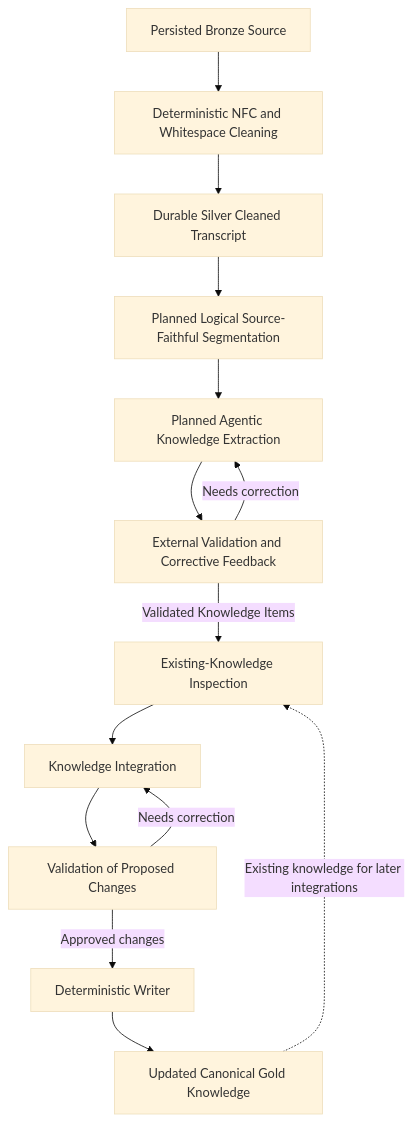
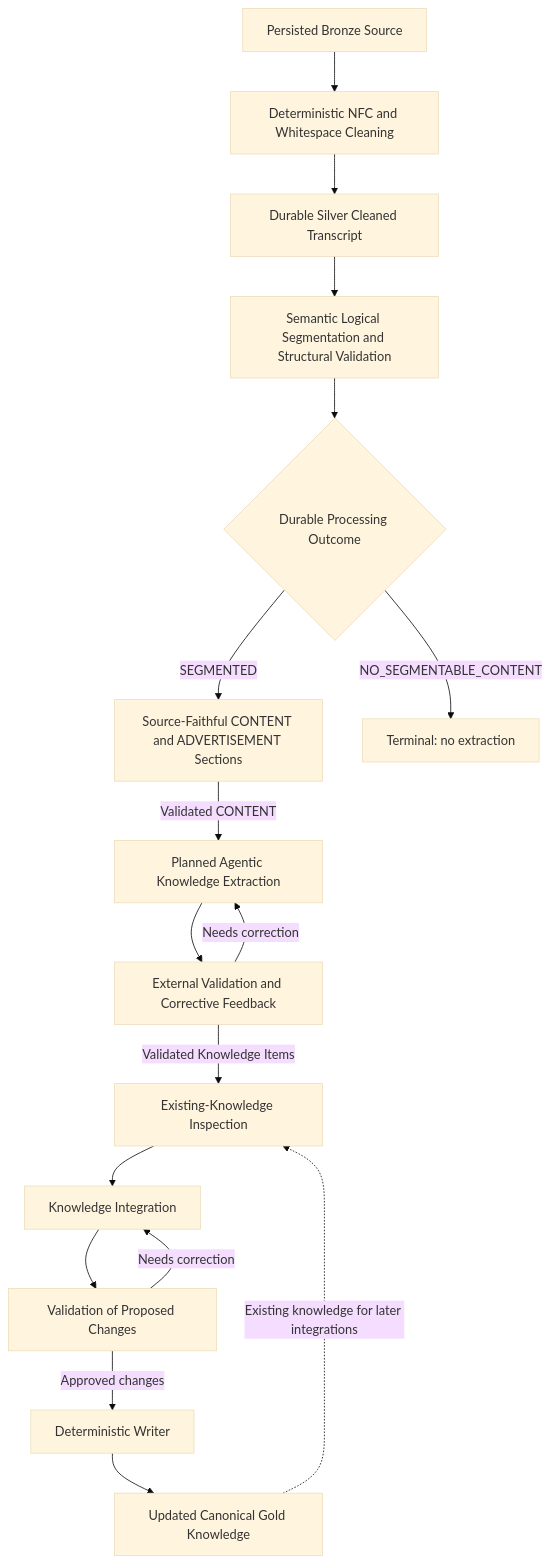
Before and after one commit to alexander-rewitzer/league-knowledge-platform: the second of 4 diagrams in docs/architecture.md, drawn with Mermaid (base theme). The commit also changed other lines of this file and 19 other files, not shown here.

Commit message:
Add source-faithful semantic Silver segmentation

````diff
--- a/docs/architecture.md
+++ b/docs/architecture.md
@@ -68,16 +72,19 @@
 ```mermaid
 flowchart TD
     S["Persisted Bronze Source"] --> B["Deterministic NFC and Whitespace Cleaning"]
     B --> SC["Durable Silver Cleaned Transcript"]
-    SC --> LS["Planned Logical Source-Faithful Segmentation"]
-    LS --> E["Planned Agentic Knowledge Extraction"]
+    SC --> LS["Semantic Logical Segmentation and Structural Validation"]
+    LS --> SR{"Durable Processing Outcome"}
+    SR -- SEGMENTED --> SS["Source-Faithful CONTENT and ADVERTISEMENT Sections"]
+    SR -- NO_SEGMENTABLE_CONTENT --> NS["Terminal: no extraction"]
+    SS -- "Validated CONTENT" --> E["Planned Agentic Knowledge Extraction"]
     E --> V["External Validation and Corrective Feedback"]
     V -- "Needs correction" --> E
     V -- "Validated Knowledge Items" --> K["Existing-Knowledge Inspection"]
     K --> I["Knowledge Integration"]
     I --> A["Validation of Proposed Changes"]
     A -- "Needs correction" --> I
     A -- "Approved changes" --> W["Deterministic Writer"]
     W --> G["Updated Canonical Gold Knowledge"]
     G -. "Existing knowledge for later integrations" .-> K
 ```
````
